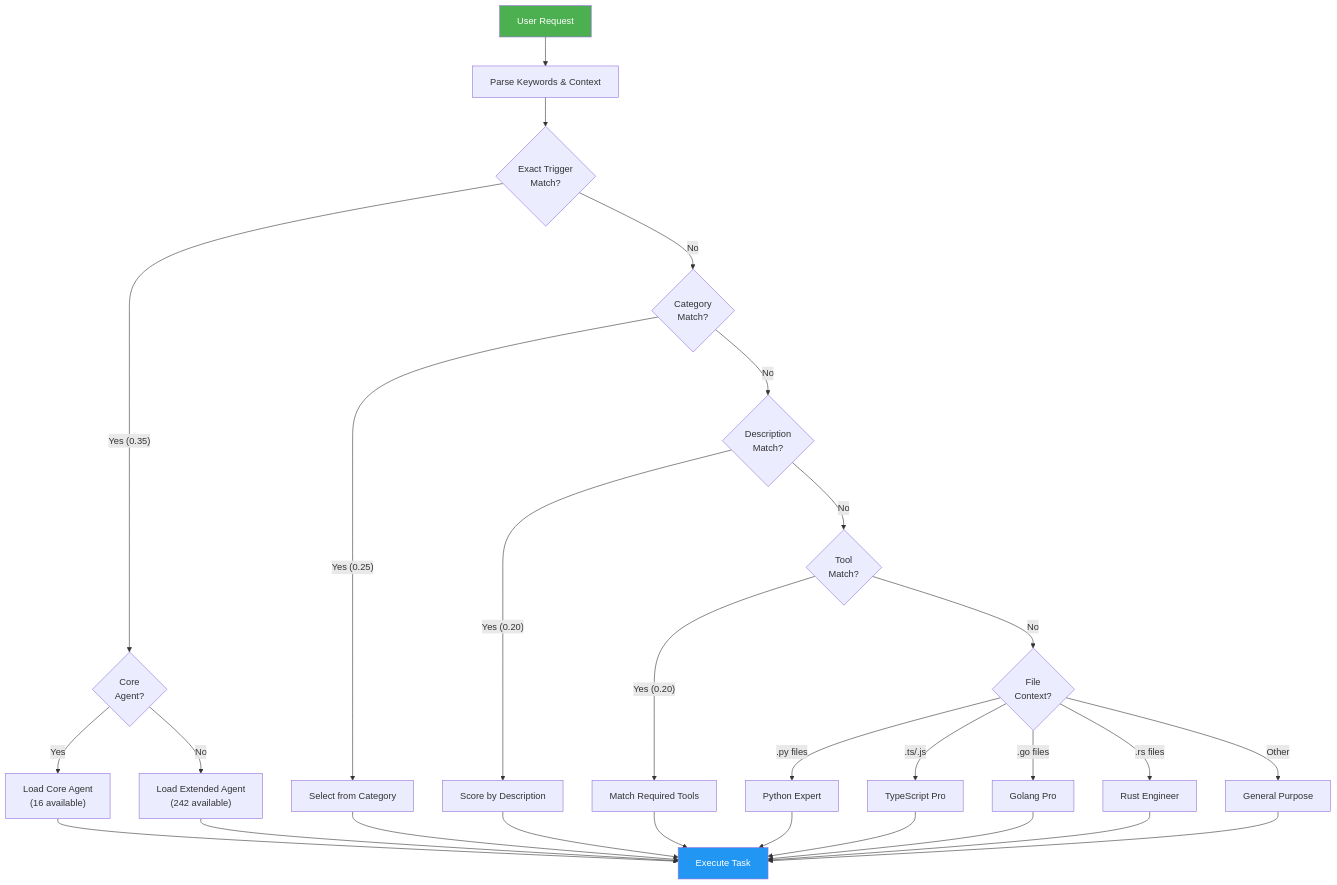
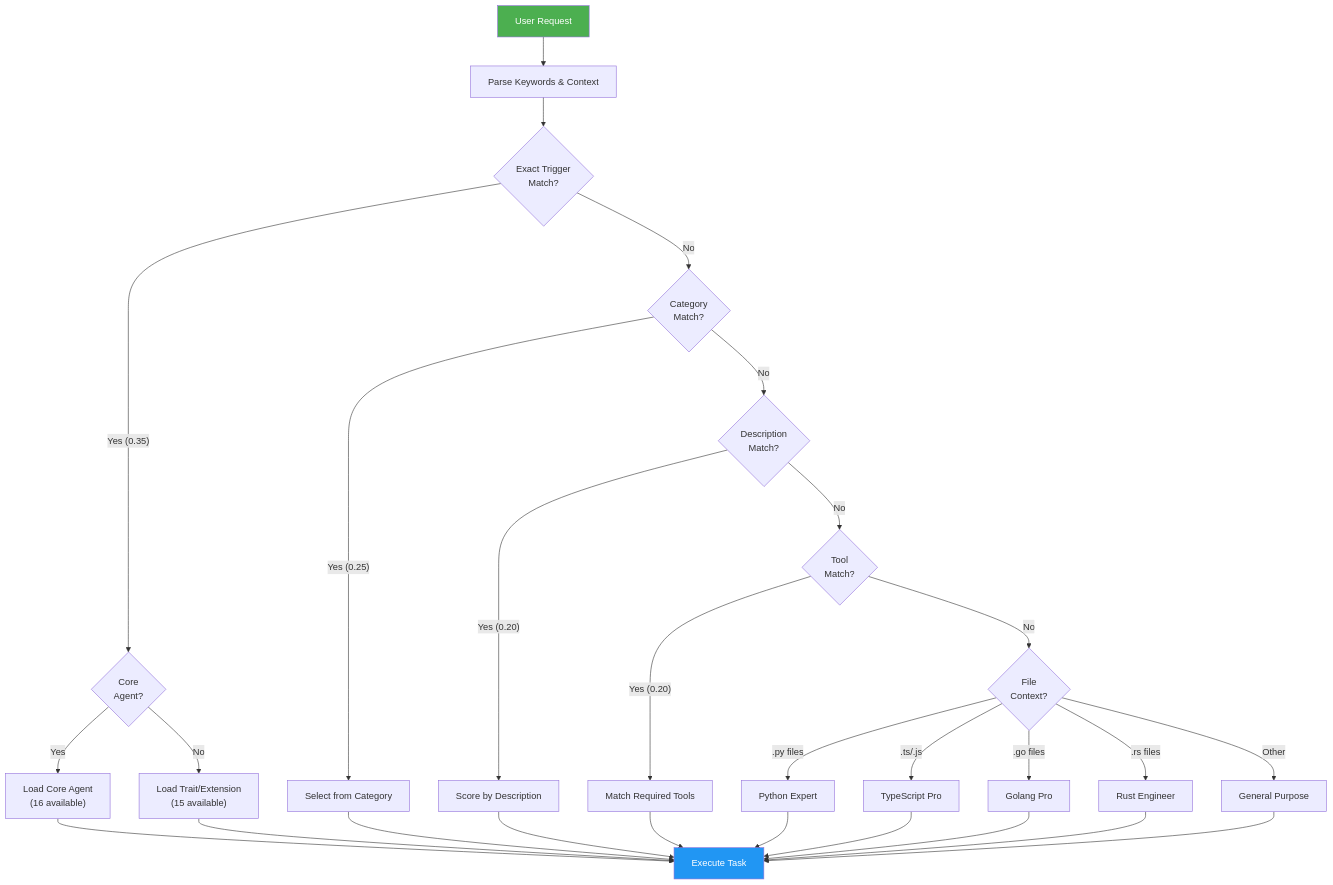
One commit to Tony363/SuperClaude changed the third of 9 diagrams in README.md. Above: the diagram before and after it, drawn with Mermaid. The commit also changed other lines of this file, not shown here.

First line of the commit message:
fix(readme): correct agent count from 258 to 31 (#37)

````diff
--- a/README.md
+++ b/README.md
@@ -416,40 +428,40 @@
 ```mermaid
 flowchart TD
     START["User Request"] --> PARSE["Parse Keywords & Context"]
 
     PARSE --> TRIGGER{"Exact Trigger<br/>Match?"}
     TRIGGER -->|"Yes (0.35)"| CORE{"Core<br/>Agent?"}
     TRIGGER -->|"No"| CATEGORY{"Category<br/>Match?"}
 
     CORE -->|"Yes"| USE_CORE["Load Core Agent<br/>(16 available)"]
-    CORE -->|"No"| USE_EXT["Load Extended Agent<br/>(242 available)"]
+    CORE -->|"No"| USE_EXT["Load Trait/Extension<br/>(15 available)"]
 
     CATEGORY -->|"Yes (0.25)"| CAT_SELECT["Select from Category"]
     CATEGORY -->|"No"| DESC{"Description<br/>Match?"}
 
     DESC -->|"Yes (0.20)"| DESC_SELECT["Score by Description"]
     DESC -->|"No"| TOOL{"Tool<br/>Match?"}
 
     TOOL -->|"Yes (0.20)"| TOOL_SELECT["Match Required Tools"]
     TOOL -->|"No"| FILE{"File<br/>Context?"}
 
     FILE -->|".py files"| PYTHON["Python Expert"]
     FILE -->|".ts/.js"| TS["TypeScript Pro"]
     FILE -->|".go files"| GO["Golang Pro"]
     FILE -->|".rs files"| RUST["Rust Engineer"]
     FILE -->|"Other"| GENERAL["General Purpose"]
 
     USE_CORE --> EXEC["Execute Task"]
     USE_EXT --> EXEC
     CAT_SELECT --> EXEC
     DESC_SELECT --> EXEC
     TOOL_SELECT --> EXEC
     PYTHON --> EXEC
     TS --> EXEC
     GO --> EXEC
     RUST --> EXEC
     GENERAL --> EXEC
 
     style START fill:#4caf50,color:#fff
     style EXEC fill:#2196f3,color:#fff
 ```
````
